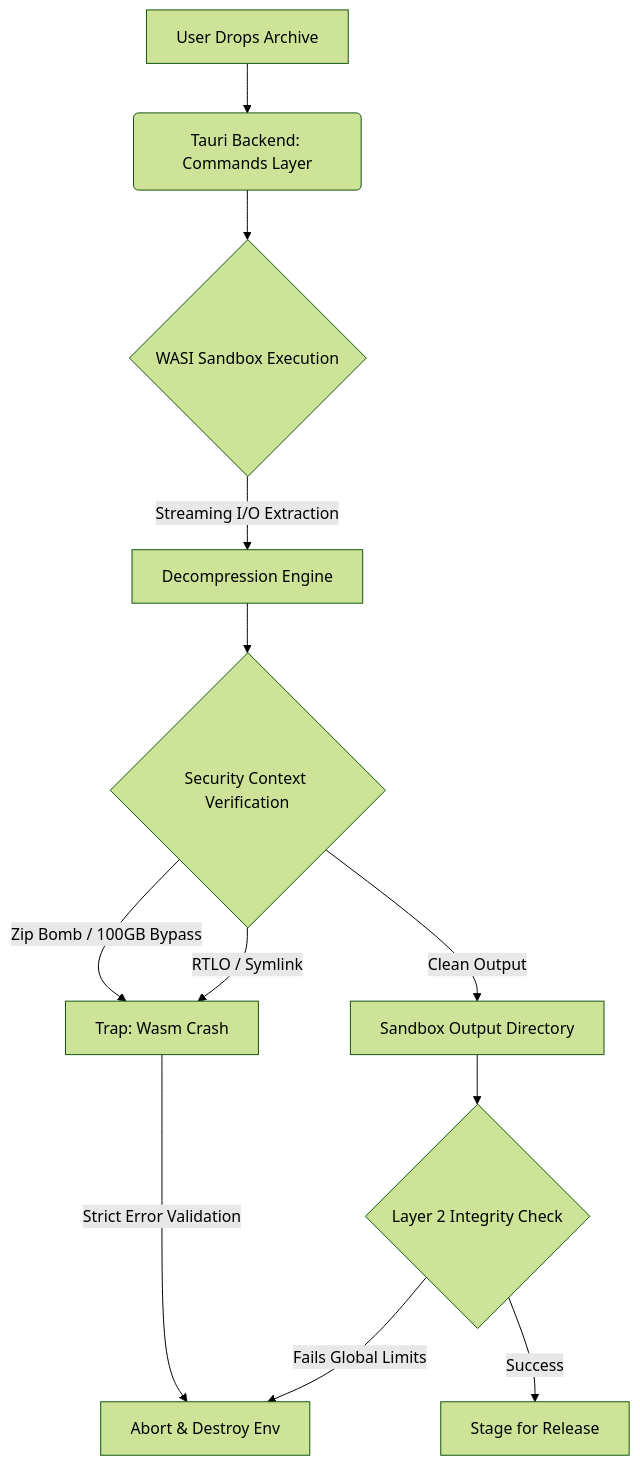
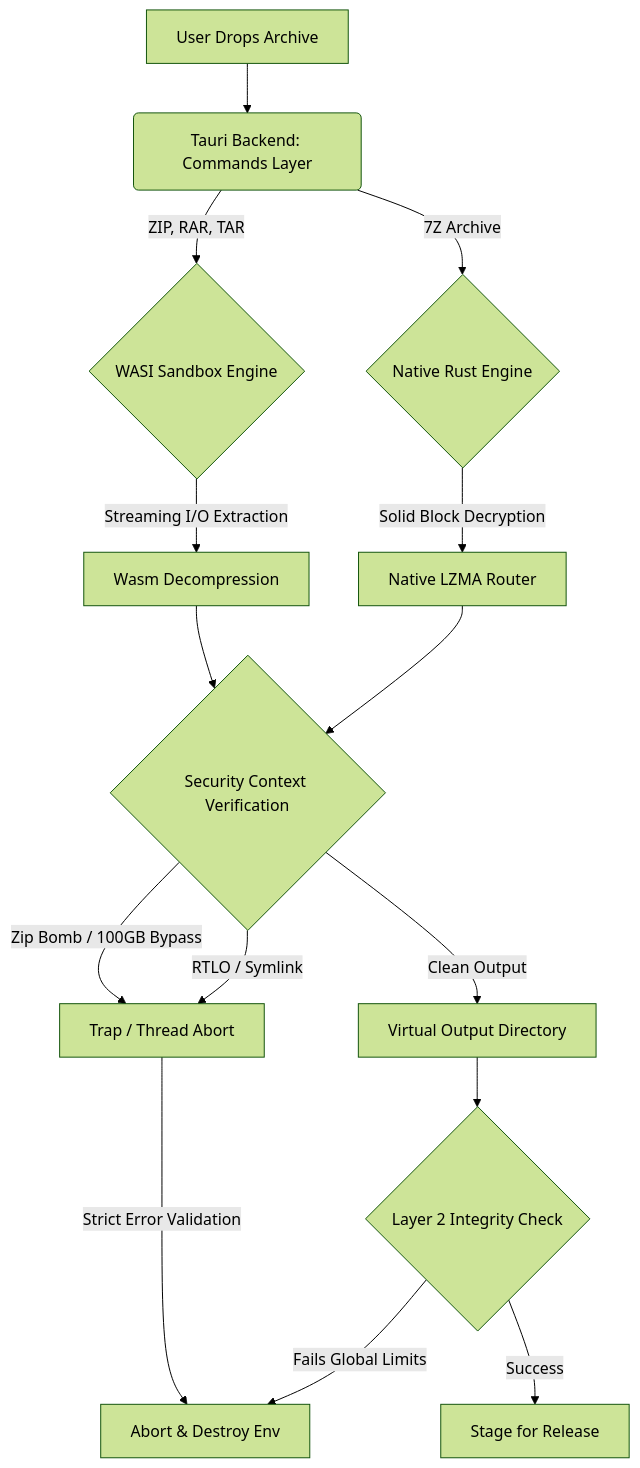
One commit to Cyber-Sec-Space/zdefuser changed the first of 2 diagrams in README.md. Above: the diagram before and after it, drawn with Mermaid (forest theme). The commit also changed other lines of this file, not shown here.

Commit message:
docs: correct architectural diagrams to reflect native 7z routing

````diff
--- a/README.md
+++ b/README.md
@@ -32,18 +32,23 @@
 ```mermaid
 graph TD;
     A[User Drops Archive] --> B(Tauri Backend: Commands Layer);
-    B --> C{WASI Sandbox Execution};
     
-    C -->|Streaming I/O Extraction| D[Decompression Engine];
+    B -->|ZIP, RAR, TAR| C{WASI Sandbox Engine};
+    B -->|7Z Archive| N{Native Rust Engine};
+    
+    C -->|Streaming I/O Extraction| D[Wasm Decompression];
+    N -->|Solid Block Decryption| D2[Native LZMA Router];
+    
     D --> E{Security Context Verification};
+    D2 --> E;
     
-    E -->|Zip Bomb / 100GB Bypass| F[Trap: Wasm Crash];
-    E -->|RTLO / Symlink| F[Trap: Wasm Crash];
-    E -->|Clean Output| G[Sandbox Output Directory];
+    E -->|Zip Bomb / 100GB Bypass| F[Trap / Thread Abort];
+    E -->|RTLO / Symlink| F;
+    E -->|Clean Output| G[Virtual Output Directory];
     
     F -->|Strict Error Validation| H[Abort & Destroy Env];
     G --> I{Layer 2 Integrity Check};
     
     I -->|Fails Global Limits| H;
     I -->|Success| J[Stage for Release];
 ```
````
